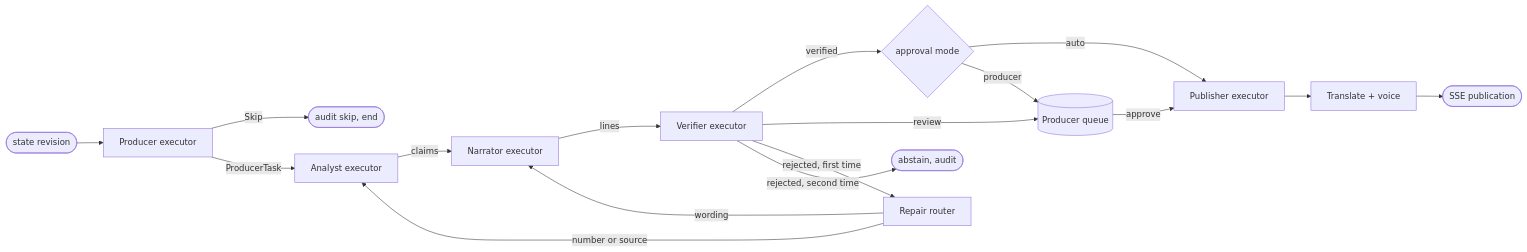
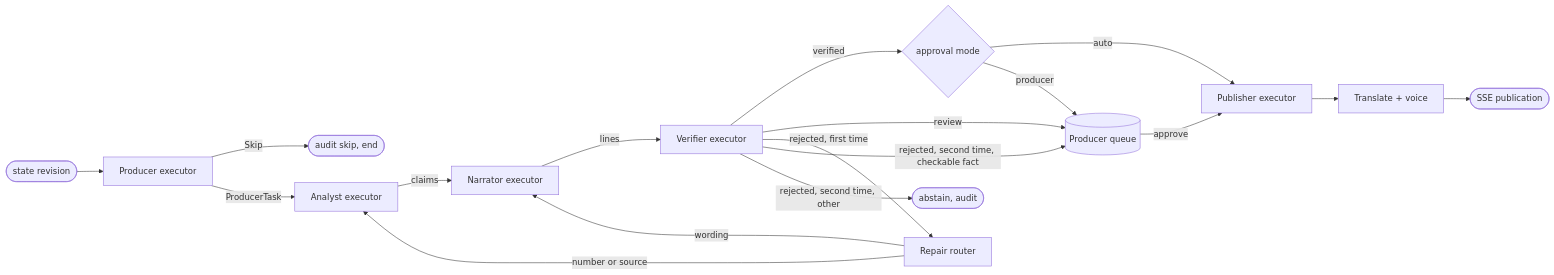
One commit to Crafted-by-Akshay/matchcast changed the diagram in docs/architecture/04-agents.md. Above: the diagram before and after it, drawn with Mermaid. The commit also changed other lines of this file and 3 other files, not shown here.

````diff
--- a/docs/architecture/04-agents.md
+++ b/docs/architecture/04-agents.md
@@ -38,19 +38,20 @@
 ```mermaid
 flowchart LR
   ev([state revision]) --> P[Producer executor]
   P -- Skip --> X([audit skip, end])
   P -- ProducerTask --> AN[Analyst executor]
   AN -- claims --> N[Narrator executor]
   N -- lines --> V[Verifier executor]
   V -- verified --> G{approval mode}
   V -- review --> Q[(Producer queue)]
   V -- rejected, first time --> RP[Repair router]
   RP -- number or source --> AN
   RP -- wording --> N
-  V -- rejected, second time --> AB([abstain, audit])
+  V -- rejected, second time, checkable fact --> Q
+  V -- rejected, second time, other --> AB([abstain, audit])
   G -- auto --> PUB[Publisher executor]
   G -- producer --> Q
   Q -- approve --> PUB
   PUB --> TR[Translate + voice]
   TR --> SSE([SSE publication])
 ```
````
